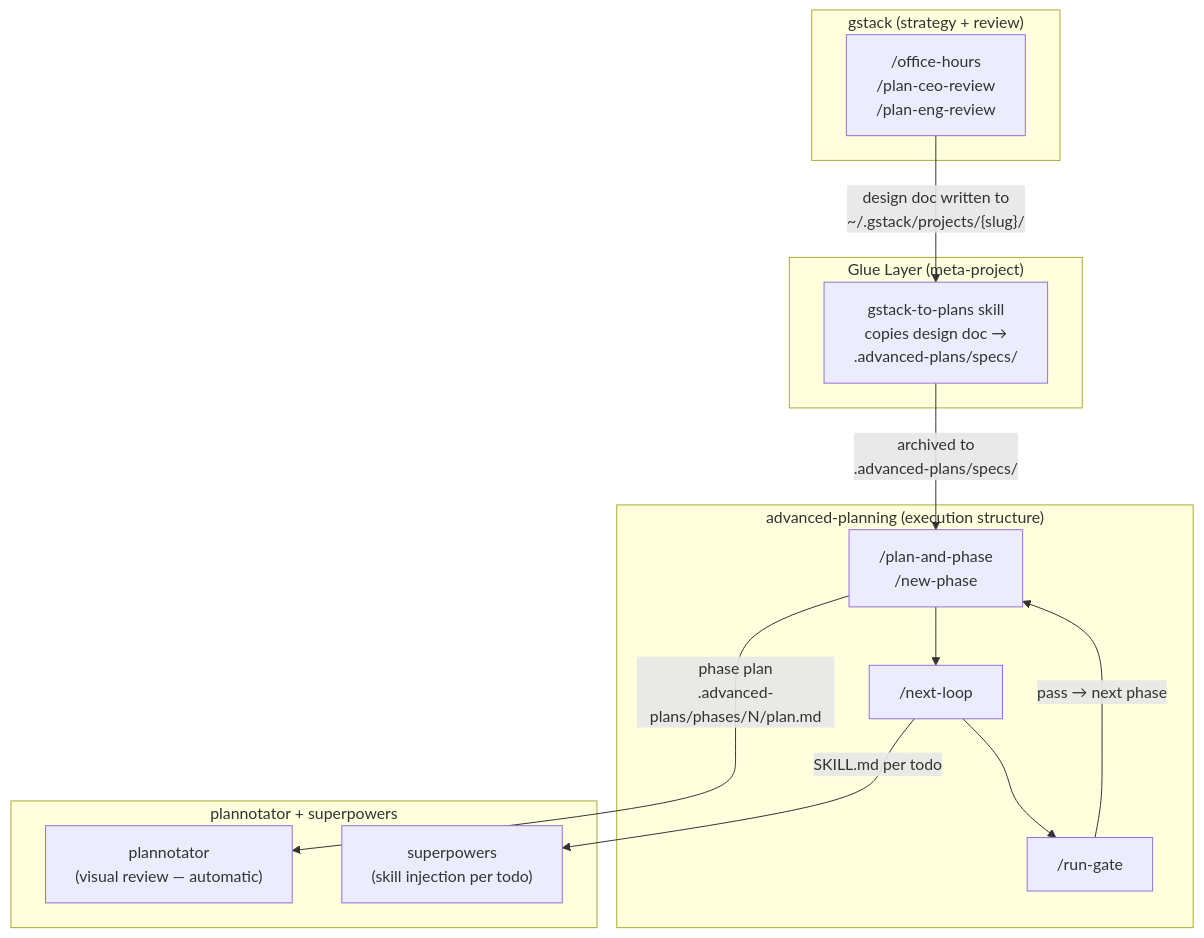
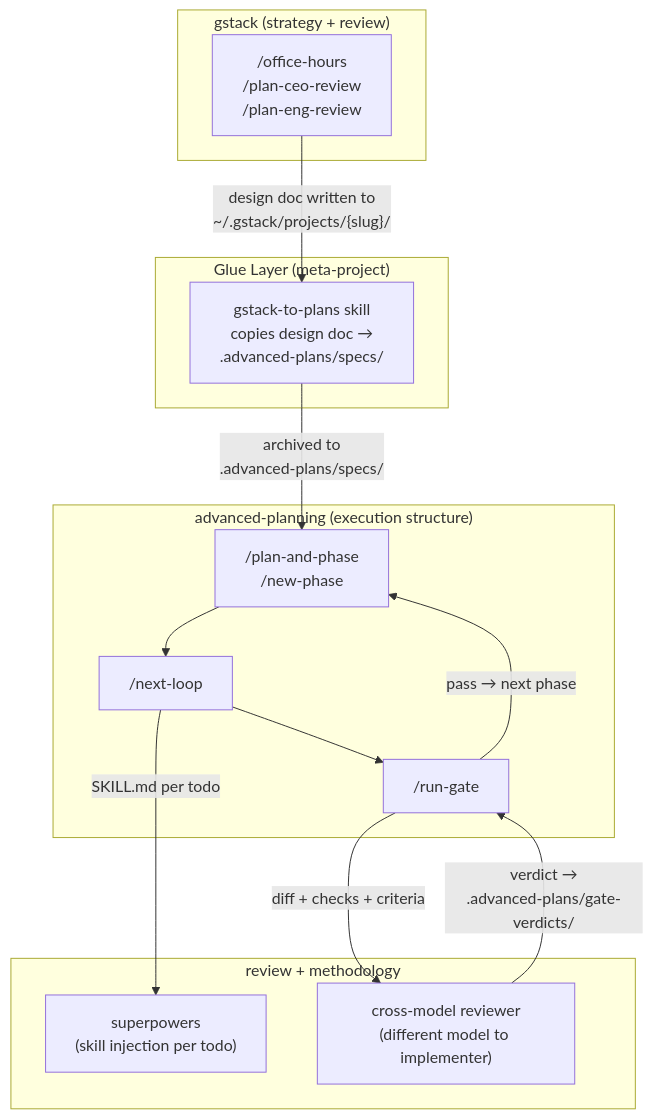
The diagram in README.md (MungoHarvey/Advanced-AI-Workflows), drawn with Mermaid before and after one commit. The commit also changed other lines of this file and 13 other files, not shown here.

````diff
--- a/README.md
+++ b/README.md
@@ -41,42 +50,43 @@
 ```mermaid
 flowchart TB
-    accTitle: Four-Tool Integration Flow
-    accDescr: gstack at the top produces design docs; the gstack-to-plans glue copies them into .advanced-plans/specs/; advanced-planning consumes them to build phase plans; plannotator and superpowers provide review and methodology.
+    accTitle: Three-Tool Integration Flow
+    accDescr: gstack at the top produces design docs; the gstack-to-plans glue copies them into .advanced-plans/specs/; advanced-planning consumes them to build phase plans; superpowers injects methodology skills per todo; a cross-model reviewer gates each phase boundary.
 
     subgraph gstack_layer["gstack (strategy + review)"]
         gh["/office-hours<br/>/plan-ceo-review<br/>/plan-eng-review"]
     end
 
     subgraph glue_layer["Glue Layer (meta-project)"]
         gl["gstack-to-plans skill<br/>copies design doc →<br/>.advanced-plans/specs/"]
     end
 
     subgraph ap_layer["advanced-planning (execution structure)"]
         pp["/plan-and-phase<br/>/new-phase"]
         rl["/next-loop"]
         rg["/run-gate"]
     end
 
-    subgraph review_layer["plannotator + superpowers"]
-        pn["plannotator<br/>(visual review — automatic)"]
+    subgraph review_layer["review + methodology"]
+        xm["cross-model reviewer<br/>(different model to implementer)"]
         sp["superpowers<br/>(skill injection per todo)"]
     end
 
     gh -->|"design doc written to<br/>~/.gstack/projects/{slug}/"| gl
     gl -->|"archived to<br/>.advanced-plans/specs/"| pp
-    pp -->|"phase plan<br/>.advanced-plans/phases/N/plan.md"| pn
     pp --> rl
     rl -->|"SKILL.md per todo"| sp
     rl --> rg
+    rg -->|"diff + checks + criteria"| xm
+    xm -->|"verdict →<br/>.advanced-plans/gate-verdicts/"| rg
     rg -->|"pass → next phase"| pp
 
     classDef gstack fill:#dbeafe,stroke:#2563eb,color:#1e3a5f
     classDef glue fill:#fef3c7,stroke:#d97706,color:#713f12
     classDef ap fill:#dcfce7,stroke:#16a34a,color:#14532d
     classDef review fill:#f3e8ff,stroke:#9333ea,color:#4a044e
 
     class gh gstack_layer
     class gl glue_layer
     class pp,rl,rg ap_layer
-    class pn,sp review_layer
+    class xm,sp review_layer
 ```
````
